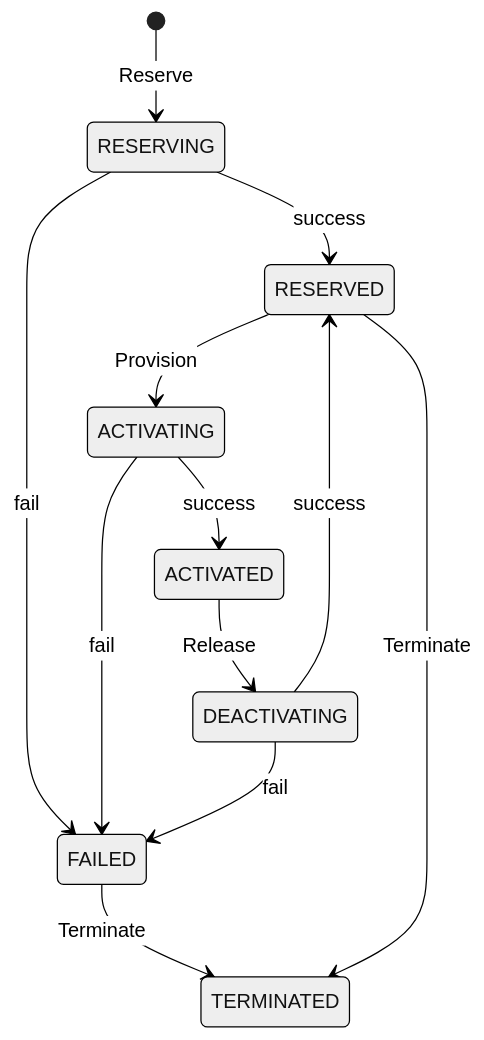
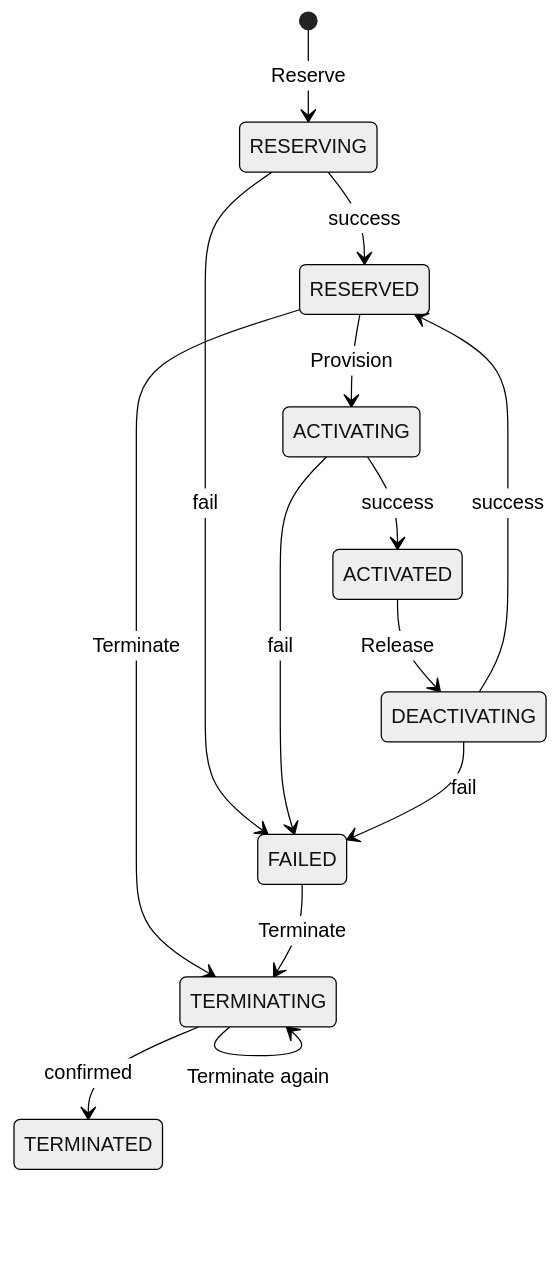
The first of 6 diagrams in README.md (workfloworchestrator/nsi-aggregator-proxy), drawn with Mermaid (neutral theme) before and after one commit. The commit also changed other lines of this file and 17 other files, not shown here.

````diff
--- a/README.md
+++ b/README.md
@@ -57,17 +57,19 @@
 ```mermaid
 stateDiagram-v2
     [*] --> RESERVING : Reserve
     state RESERVING <<choice>>
     RESERVING --> RESERVED : success
     RESERVING --> FAILED : fail
-    FAILED --> TERMINATED : Terminate
     RESERVED --> ACTIVATING : Provision
     state ACTIVATING <<choice>>
     ACTIVATING --> ACTIVATED : success
     ACTIVATING --> FAILED : fail
     ACTIVATED --> DEACTIVATING : Release
     state DEACTIVATING <<choice>>
     DEACTIVATING --> RESERVED : success
     DEACTIVATING --> FAILED : fail
-    RESERVED --> TERMINATED : Terminate
+    RESERVED --> TERMINATING : Terminate
+    FAILED --> TERMINATING : Terminate
+    TERMINATING --> TERMINATED : confirmed
+    TERMINATING --> TERMINATING : Terminate again
 ```
````
